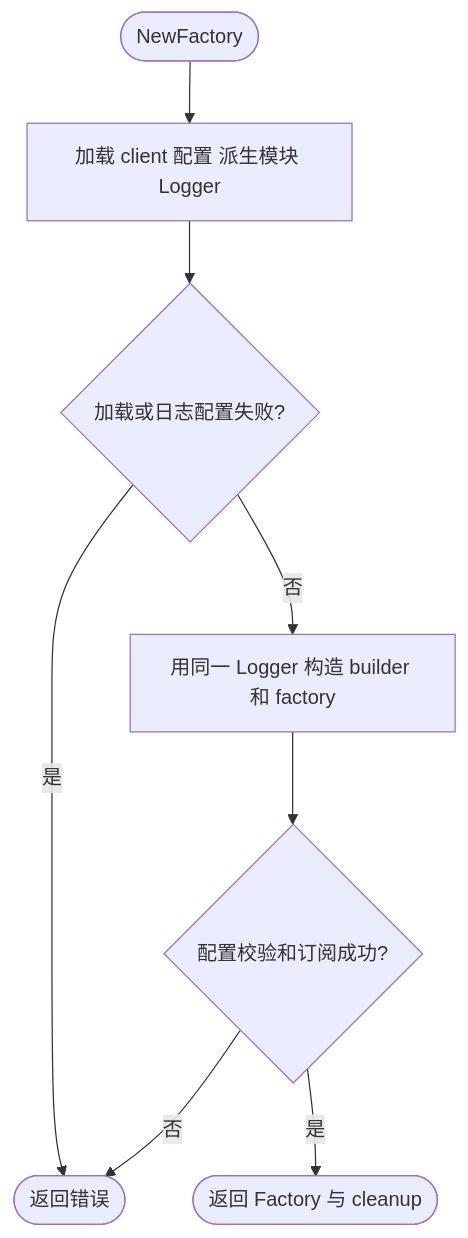
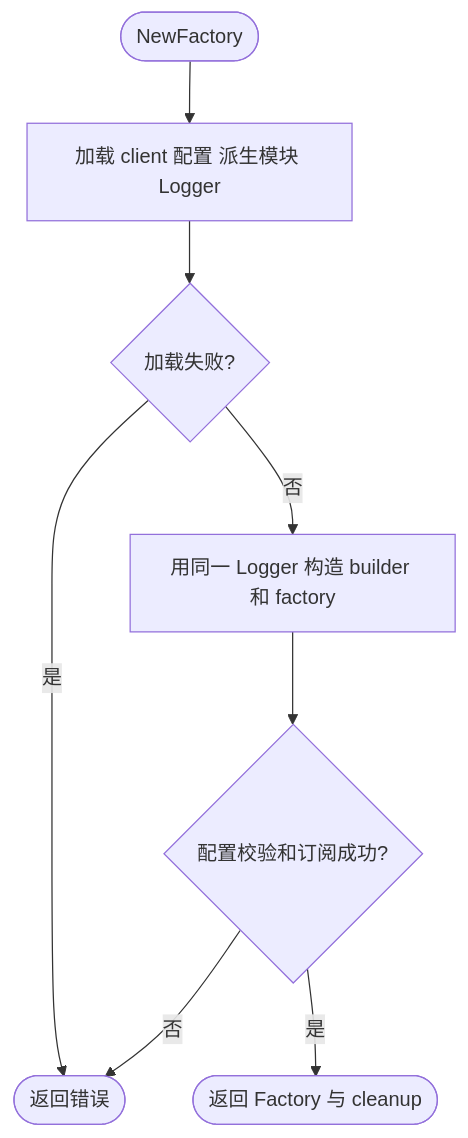
The fifth of 6 diagrams in pkg/client/README.md (jaggerzhuang1994/kratos-foundation), drawn with Mermaid before and after one commit. The commit also changed other lines of this file and 290 other files, not shown here.

````diff
--- a/pkg/client/README.md
+++ b/pkg/client/README.md
@@ -171,10 +171,10 @@
 ```mermaid
 flowchart TD
     A([NewFactory]) --> B[加载 client 配置 派生模块 Logger]
-    B --> C{加载或日志配置失败?}
+    B --> C{加载失败?}
     C -- 是 --> D([返回错误])
     C -- 否 --> E[用同一 Logger 构造 builder 和 factory]
     E --> F{配置校验和订阅成功?}
     F -- 否 --> D
     F -- 是 --> G([返回 Factory 与 cleanup])
 ```
````
